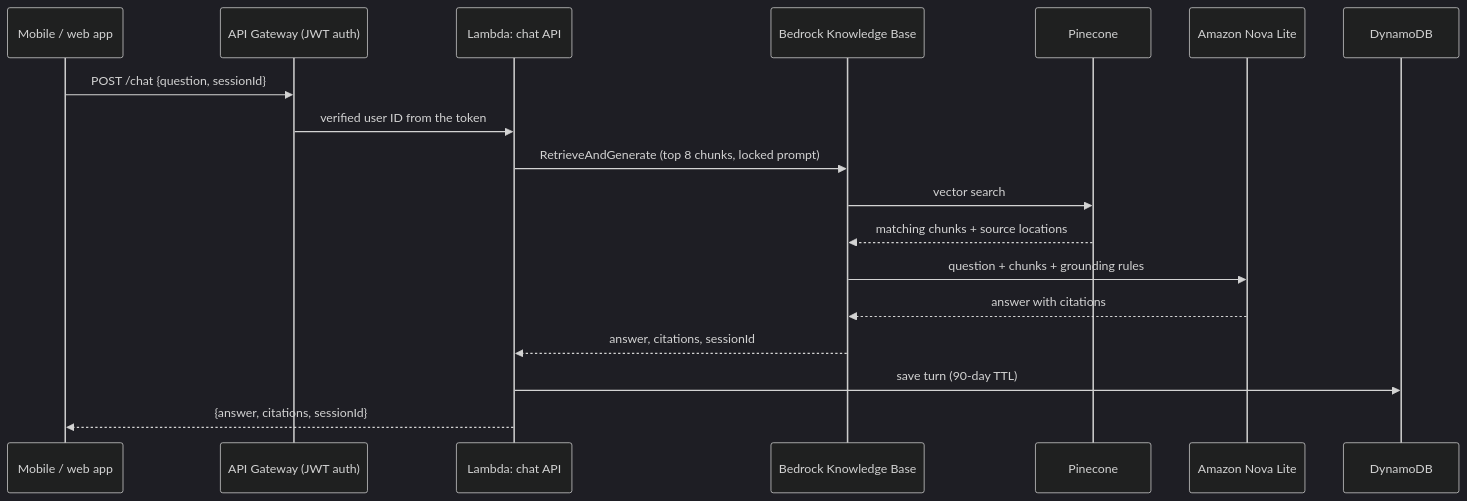
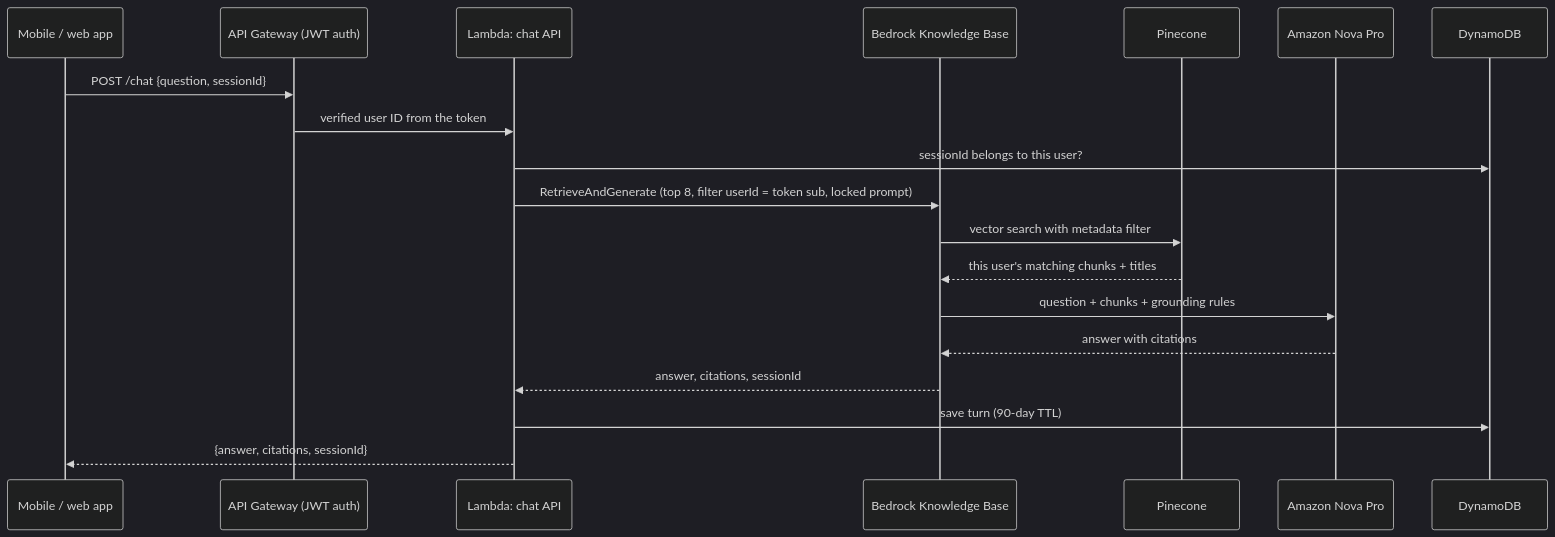
Before and after one commit to kwiknick/docvault-showcase: the second of 2 diagrams in README.md, drawn with Mermaid (dark theme). The commit also changed other lines of this file and 1 other file, not shown here.

Commit message:
Update for shipped tenant isolation, photo descriptions, Nova Pro answers; add How I build with AI

````diff
--- a/README.md
+++ b/README.md
@@ -53,21 +55,22 @@
 ```mermaid
 sequenceDiagram
     participant App as Mobile / web app
     participant API as API Gateway (JWT auth)
     participant Chat as Lambda: chat API
     participant KB as Bedrock Knowledge Base
     participant Vec as Pinecone
-    participant LLM as Amazon Nova Lite
+    participant LLM as Amazon Nova Pro
     participant DDB as DynamoDB
 
     App->>API: POST /chat {question, sessionId}
     API->>Chat: verified user ID from the token
-    Chat->>KB: RetrieveAndGenerate (top 8 chunks, locked prompt)
-    KB->>Vec: vector search
-    Vec-->>KB: matching chunks + source locations
+    Chat->>DDB: sessionId belongs to this user?
+    Chat->>KB: RetrieveAndGenerate (top 8, filter userId = token sub, locked prompt)
+    KB->>Vec: vector search with metadata filter
+    Vec-->>KB: this user's matching chunks + titles
     KB->>LLM: question + chunks + grounding rules
     LLM-->>KB: answer with citations
     KB-->>Chat: answer, citations, sessionId
     Chat->>DDB: save turn (90-day TTL)
     Chat-->>App: {answer, citations, sessionId}
 ```
````
